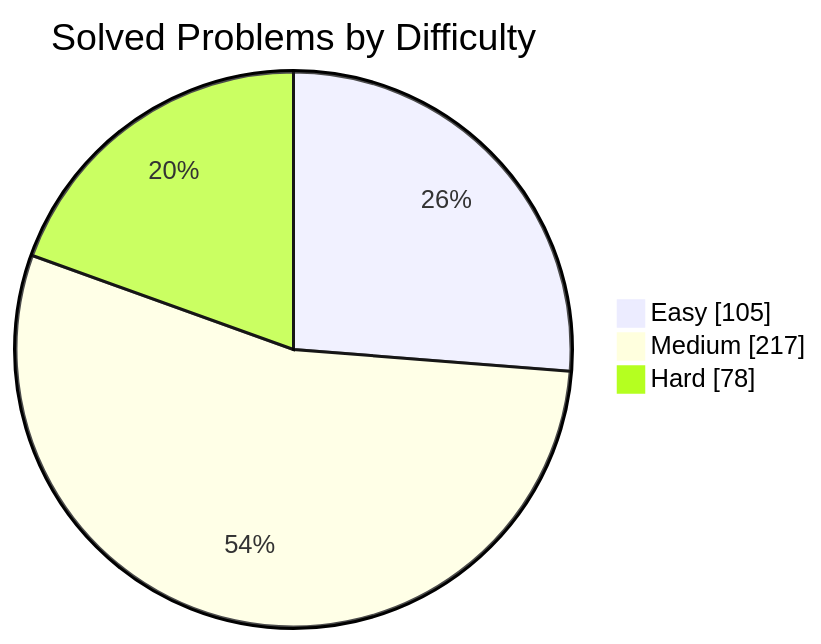
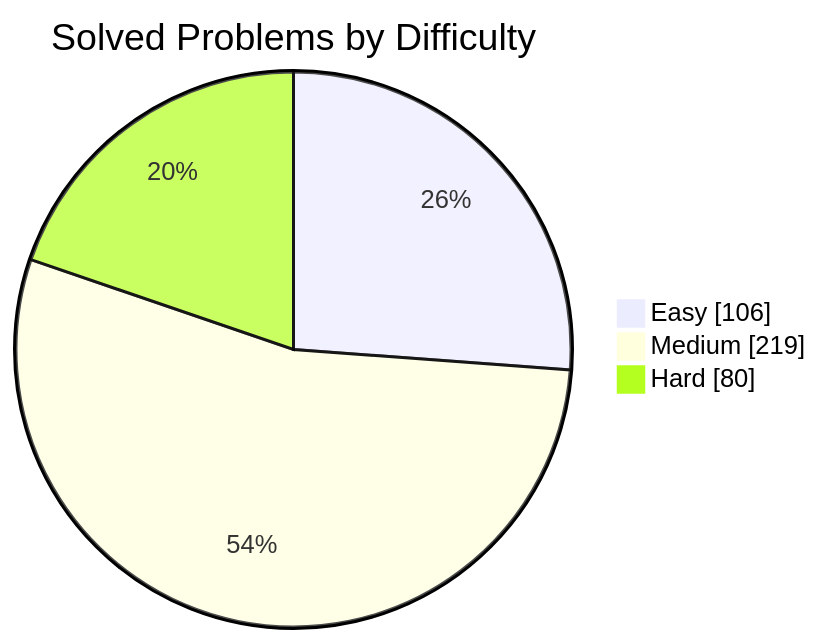
The first of 2 diagrams in README.md (manikantbindass/DSA-Preparation-FAANG), drawn with Mermaid before and after one commit. The commit also changed other lines of this file and 1 other file, not shown here.

````diff
--- a/README.md
+++ b/README.md
@@ -77,7 +77,7 @@
 ```mermaid
 pie showData
     title Solved Problems by Difficulty
-    "Easy" : 105
-    "Medium" : 217
-    "Hard" : 78
+    "Easy" : 106
+    "Medium" : 219
+    "Hard" : 80
 ```
````
